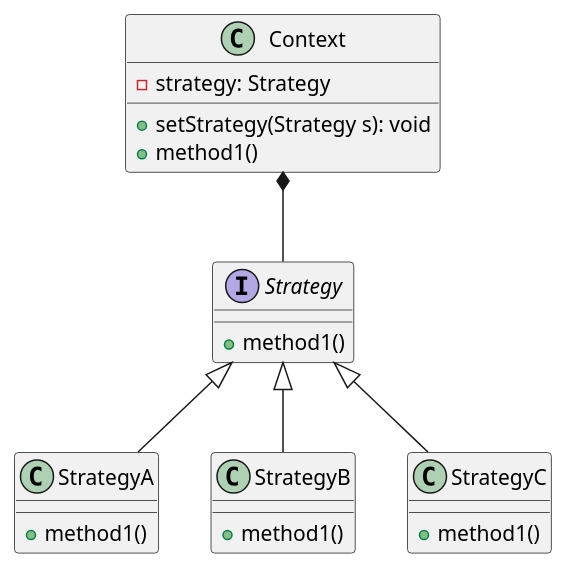
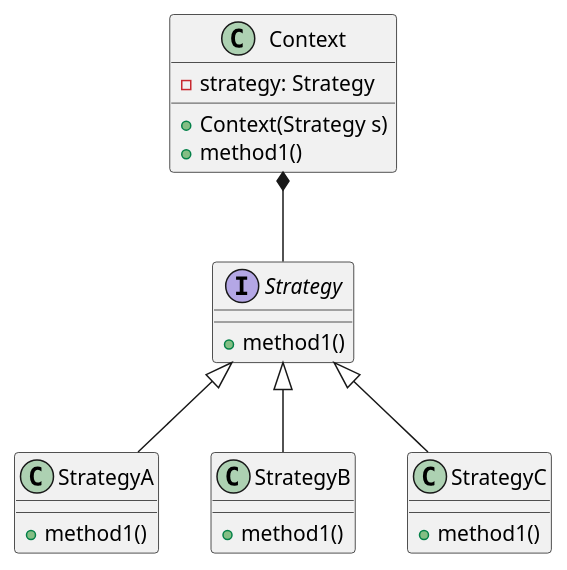
The diagram in source/_posts/9 设计模式/行为型/策略模式.md (longzl2015/long12356), drawn with PlantUML before and after one commit. The commit also changed other lines of this file and 4 other files, not shown here.

````diff
--- a/source/_posts/9 设计模式/行为型/策略模式.md
+++ b/source/_posts/9 设计模式/行为型/策略模式.md
@@ -51,16 +51,20 @@
+```puml
+
 @startuml
 class Context {
   - strategy: Strategy
-  + setStrategy(Strategy s): void
+  + Context(Strategy s)
   + method1()
 }
 interface Strategy
 Strategy : +method1()
 Strategy <|-- StrategyA
 Strategy <|-- StrategyB
 Strategy <|-- StrategyC
 StrategyA : +method1()
 StrategyB : +method1()
 StrategyC : +method1()
 Context *-- Strategy
 @enduml
+
+```
````
